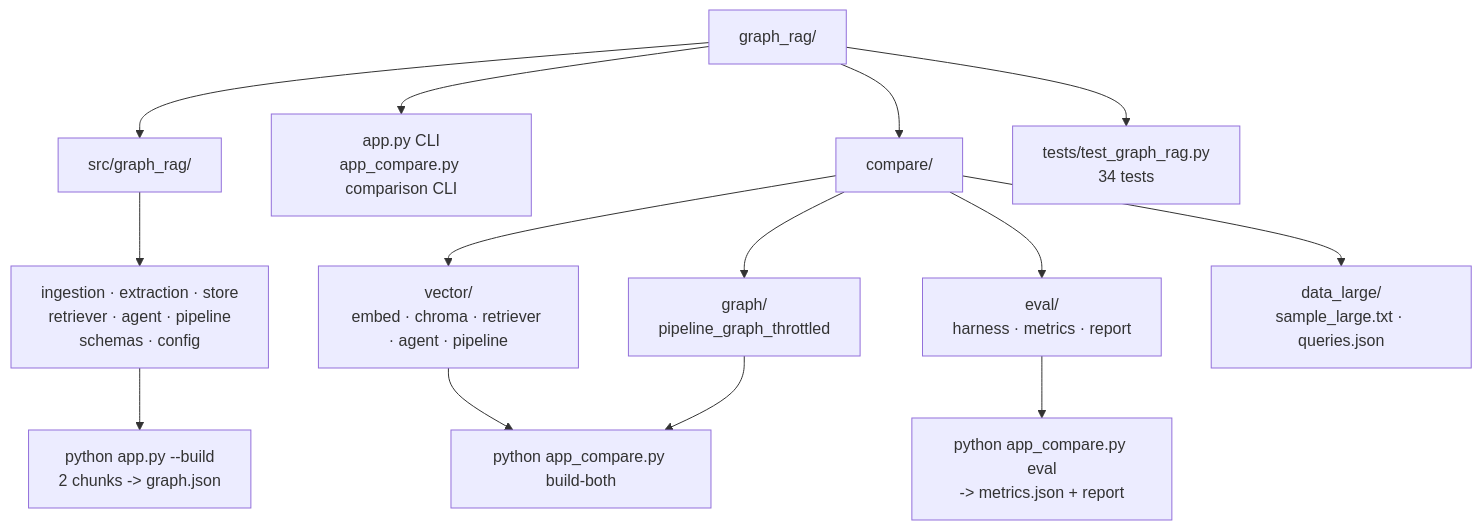
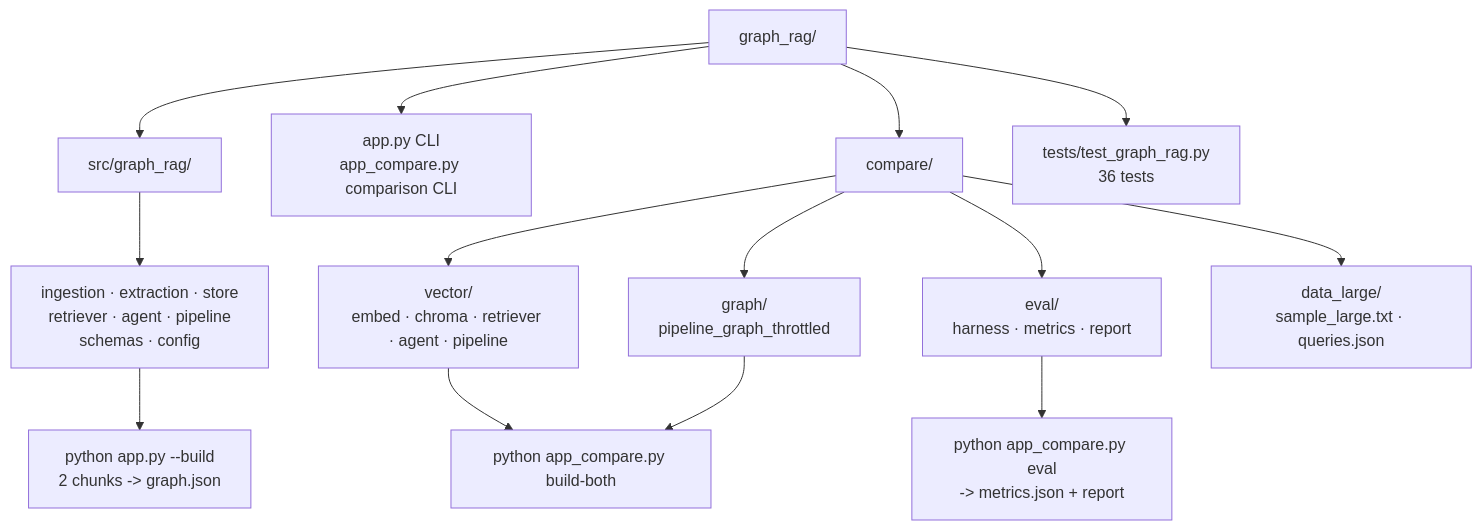
Before and after one commit to manishwvn/graph_rag: the sixth of 7 diagrams in README.md, drawn with Mermaid. The commit also changed other lines of this file and 8 other files, not shown here.

First line of the commit message:
feat: cache judge verdicts, pace the graph build, resolve entity stubs

````diff
--- a/README.md
+++ b/README.md
@@ -133,16 +133,16 @@
 ```mermaid
 graph TD
   ROOT["graph_rag/"] --> SRC["src/graph_rag/"]
   ROOT --> APPS["app.py CLI<br/>app_compare.py comparison CLI"]
   ROOT --> CMP["compare/"]
-  ROOT --> TST["tests/test_graph_rag.py<br/>34 tests"]
+  ROOT --> TST["tests/test_graph_rag.py<br/>36 tests"]
   SRC --> CORE["ingestion · extraction · store<br/>retriever · agent · pipeline<br/>schemas · config"]
   CMP --> CV["vector/<br/>embed · chroma · retriever · agent · pipeline"]
   CMP --> CG["graph/<br/>pipeline_graph_throttled"]
   CMP --> CE["eval/<br/>harness · metrics · report"]
   CMP --> CD["data_large/<br/>sample_large.txt · queries.json"]
   CORE --> B1["python app.py --build<br/>2 chunks -> graph.json"]
   CV --> B2["python app_compare.py build-both"]
   CG --> B2
   CE --> B3["python app_compare.py eval<br/>-> metrics.json + report"]
 ```
````
